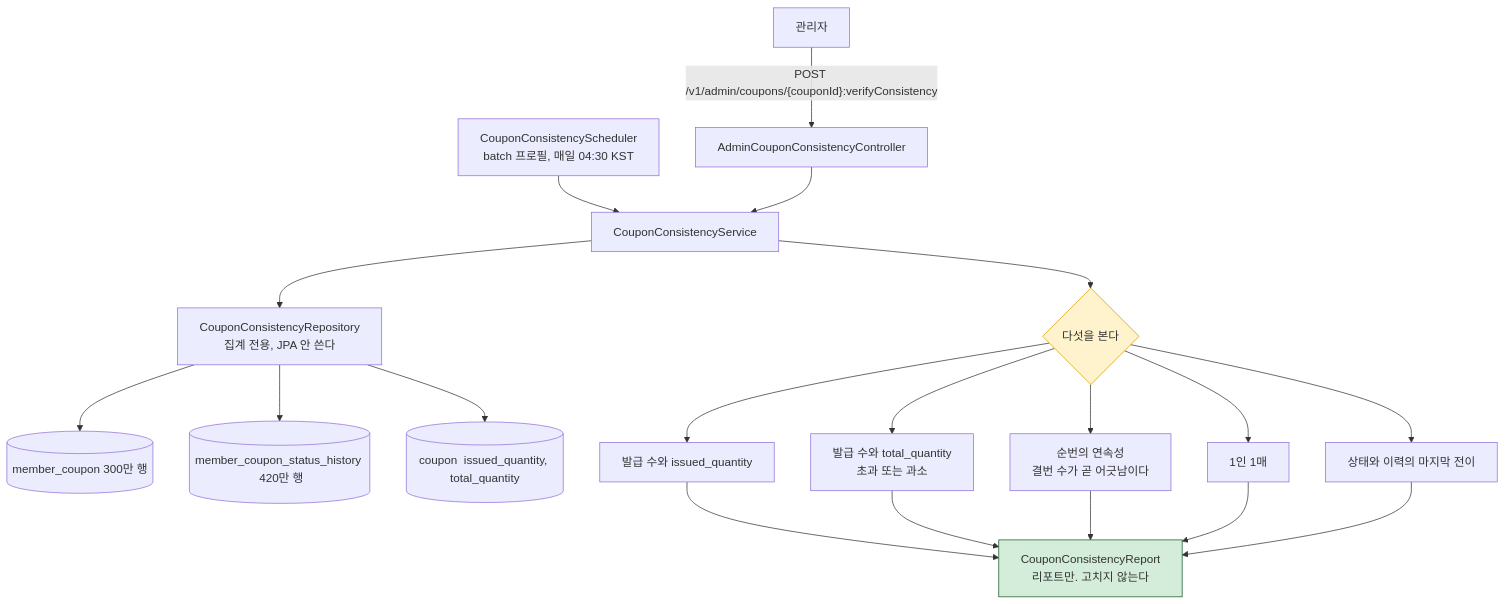
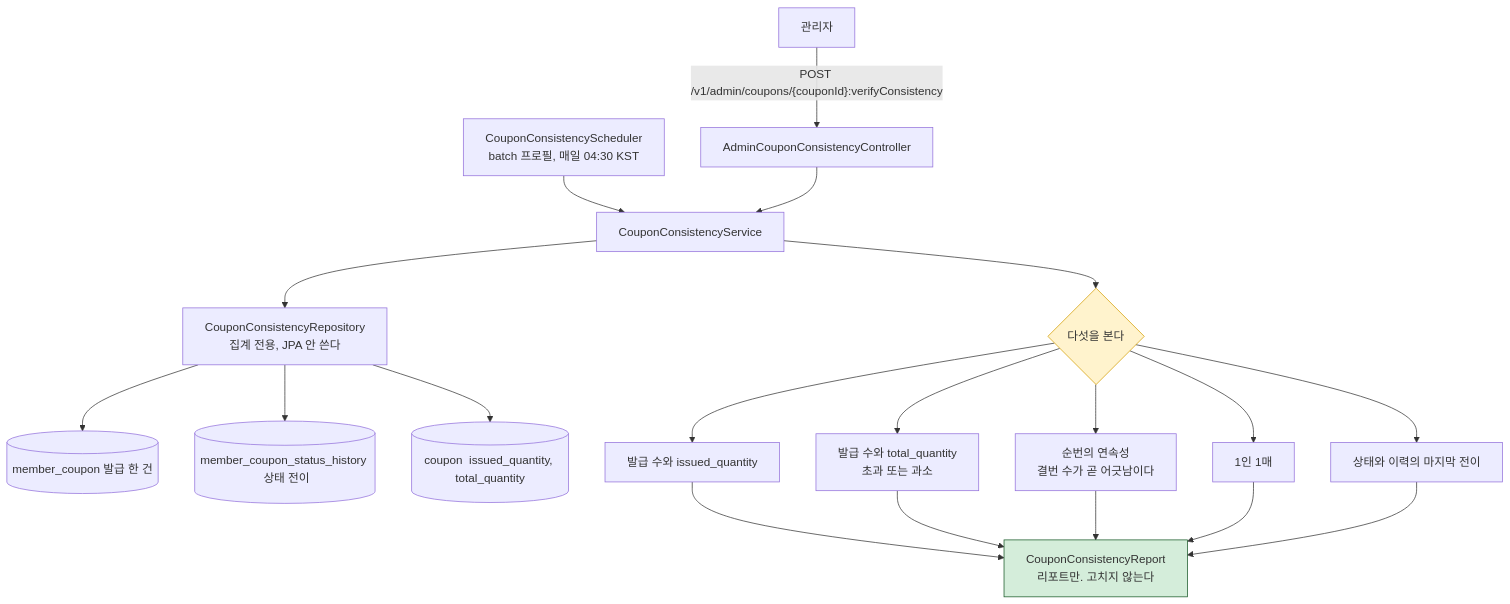
Before and after one commit to fresh-market/fm-backend: the second of 2 diagrams in README.md, drawn with Mermaid. The commit also changed other lines of this file, not shown here.

````diff
--- a/README.md
+++ b/README.md
@@ -406,23 +402,23 @@
 ```mermaid
 flowchart TB
     ADMIN["관리자"] -->|"POST /v1/admin/coupons/{couponId}:verifyConsistency"| CTL["AdminCouponConsistencyController"]
     SCHED["CouponConsistencyScheduler<br/>batch 프로필, 매일 04:30 KST"] --> SVC
     CTL --> SVC["CouponConsistencyService"]
     SVC --> REPO["CouponConsistencyRepository<br/>집계 전용, JPA 안 쓴다"]
 
-    REPO --> T1[("member_coupon  300만 행")]
-    REPO --> T2[("member_coupon_status_history  420만 행")]
+    REPO --> T1[("member_coupon  발급 한 건")]
+    REPO --> T2[("member_coupon_status_history  상태 전이")]
     REPO --> T3[("coupon  issued_quantity, total_quantity")]
 
     SVC --> CHK{"다섯을 본다"}
     CHK --> V1["발급 수와 issued_quantity"]
     CHK --> V2["발급 수와 total_quantity<br/>초과 또는 과소"]
     CHK --> V3["순번의 연속성<br/>결번 수가 곧 어긋남이다"]
     CHK --> V4["1인 1매"]
     CHK --> V5["상태와 이력의 마지막 전이"]
 
     V1 & V2 & V3 & V4 & V5 --> REP["CouponConsistencyReport<br/>리포트만. 고치지 않는다"]
 
     style CHK fill:#fff3cd,stroke:#d39e00
     style REP fill:#d4edda,stroke:#155724
 ```
````
